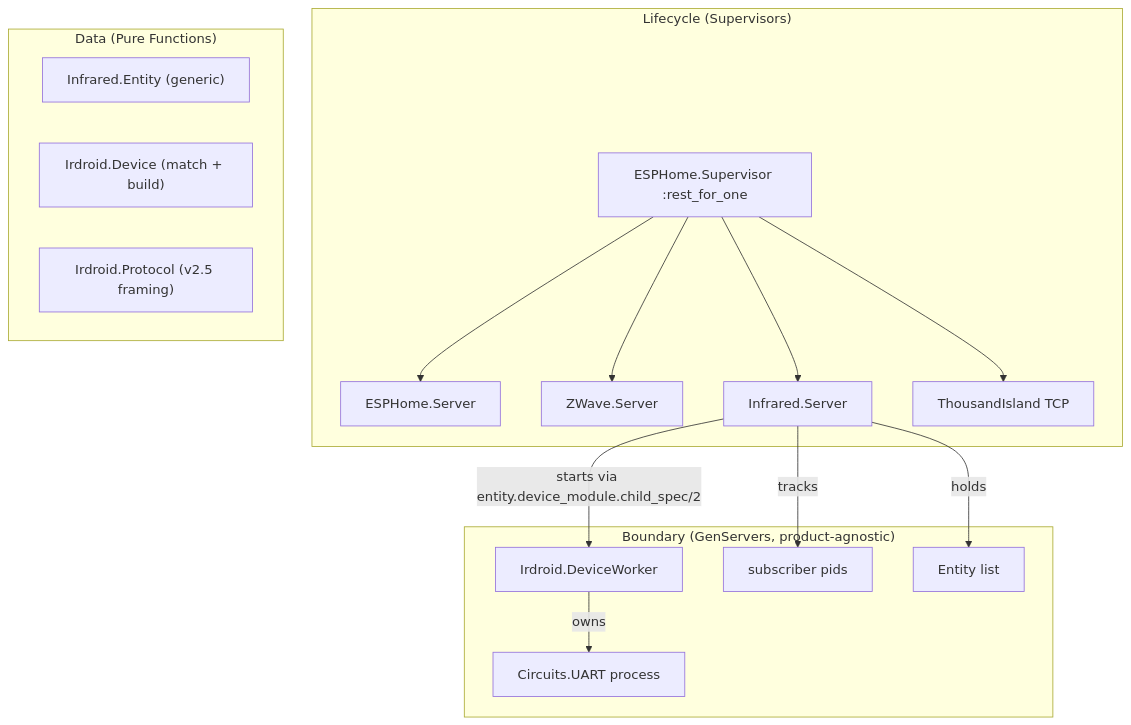
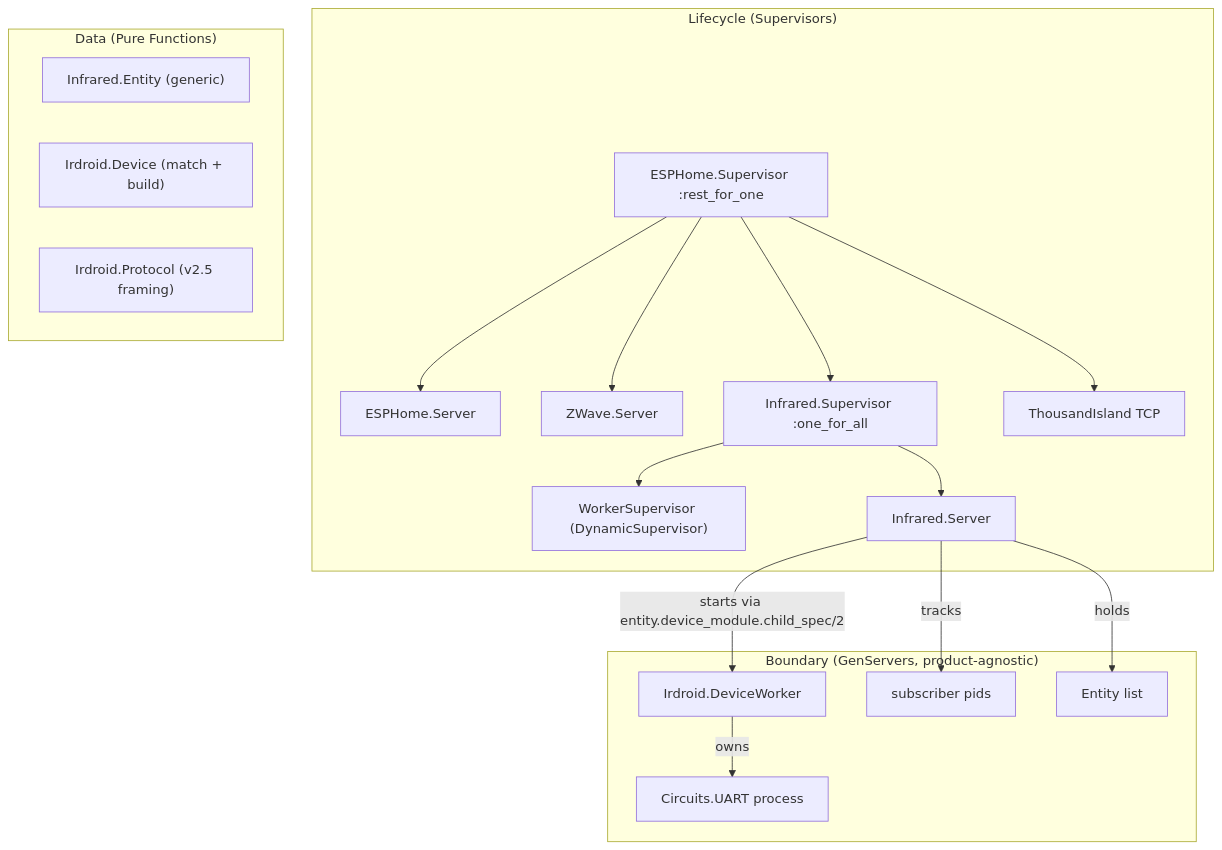
The first of 3 diagrams in docs/plans/07_infrared_proxy_component.md (bbangert/universal_proxy), drawn with Mermaid before and after one commit. The commit also changed other lines of this file and 6 other files, not shown here.

Commit message:
Address PR feedback and add new architecture plan to accurately reflect current state.

````diff
--- a/docs/plans/07_infrared_proxy_component.md
+++ b/docs/plans/07_infrared_proxy_component.md
@@ -13,23 +15,25 @@
 ```mermaid
 graph TB
   subgraph lifecycle ["Lifecycle (Supervisors)"]
     ESPHomeSup["ESPHome.Supervisor :rest_for_one"]
     ESPHomeSup --> ESPHomeServer["ESPHome.Server"]
     ESPHomeSup --> ZWaveServer["ZWave.Server"]
-    ESPHomeSup --> IRServer["Infrared.Server"]
+    ESPHomeSup --> IRSup["Infrared.Supervisor :one_for_all"]
     ESPHomeSup --> ThousandIsland["ThousandIsland TCP"]
+    IRSup --> WorkerSup["WorkerSupervisor (DynamicSupervisor)"]
+    IRSup --> IRServer["Infrared.Server"]
   end
 
   subgraph boundary ["Boundary (GenServers, product-agnostic)"]
     IRServer -->|"starts via entity.device_module.child_spec/2"| IRWorker["Irdroid.DeviceWorker"]
     IRWorker -->|"owns"| CircuitsUART["Circuits.UART process"]
     IRServer -->|"tracks"| Subscribers["subscriber pids"]
     IRServer -->|"holds"| Inventory["Entity list"]
   end
 
   subgraph data ["Data (Pure Functions)"]
     Entity["Infrared.Entity (generic)"]
     IrdroidDevice["Irdroid.Device (match + build)"]
     IrdroidProtocol["Irdroid.Protocol (v2.5 framing)"]
   end
 ```
````
